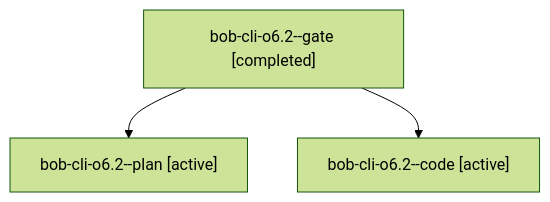
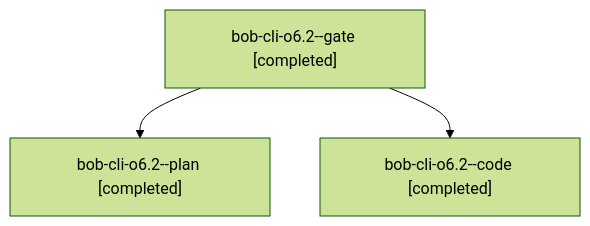
One commit to bobs-org/bob-cli--agents changed the diagram in sessions/bbugyi200.athena.bob-cli-o6.2.md. Above: the diagram before and after it, drawn with Mermaid (forest theme). The commit also changed other lines of this file and 32 other files, not shown here.

````diff
--- a/sessions/bbugyi200.athena.bob-cli-o6.2.md
+++ b/sessions/bbugyi200.athena.bob-cli-o6.2.md
@@ -9,8 +9,8 @@
 ```mermaid
 flowchart TD
   n0["bob-cli-o6.2--gate [completed]"]
-  n1["bob-cli-o6.2--plan [active]"]
+  n1["bob-cli-o6.2--plan [completed]"]
   n0 --> n1
-  n2["bob-cli-o6.2--code [active]"]
+  n2["bob-cli-o6.2--code [completed]"]
   n0 --> n2
 ```
````
